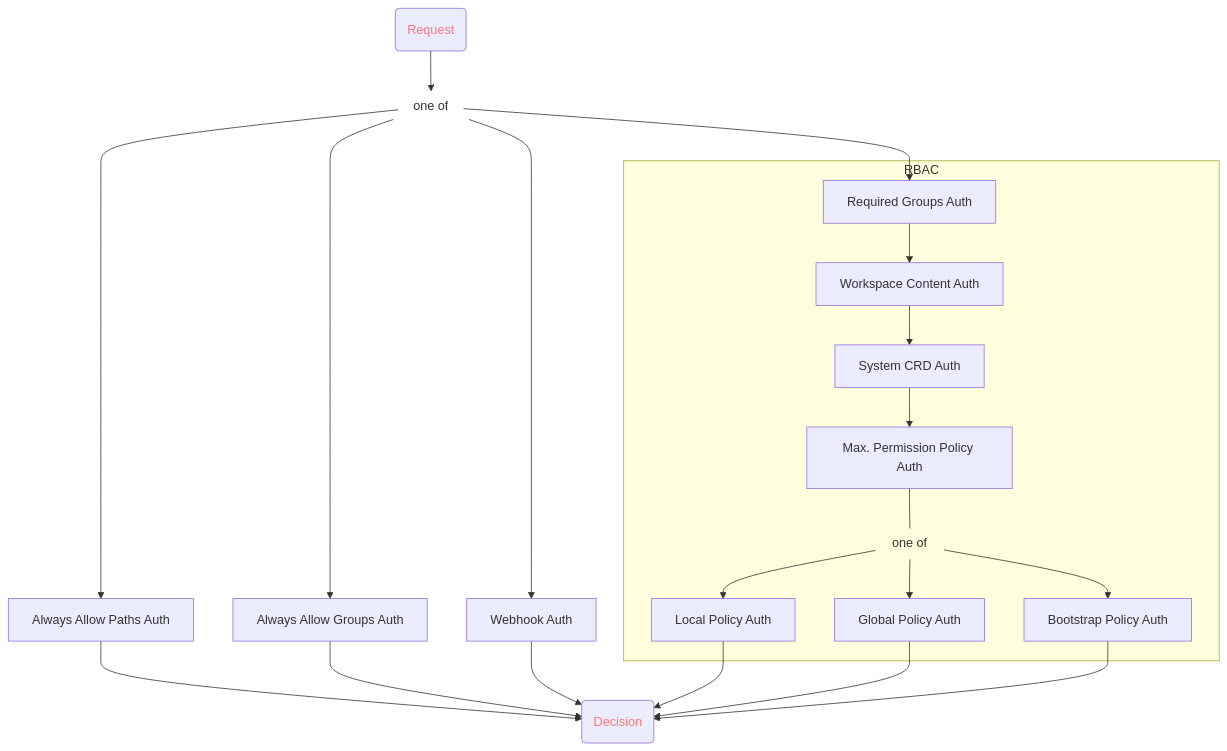
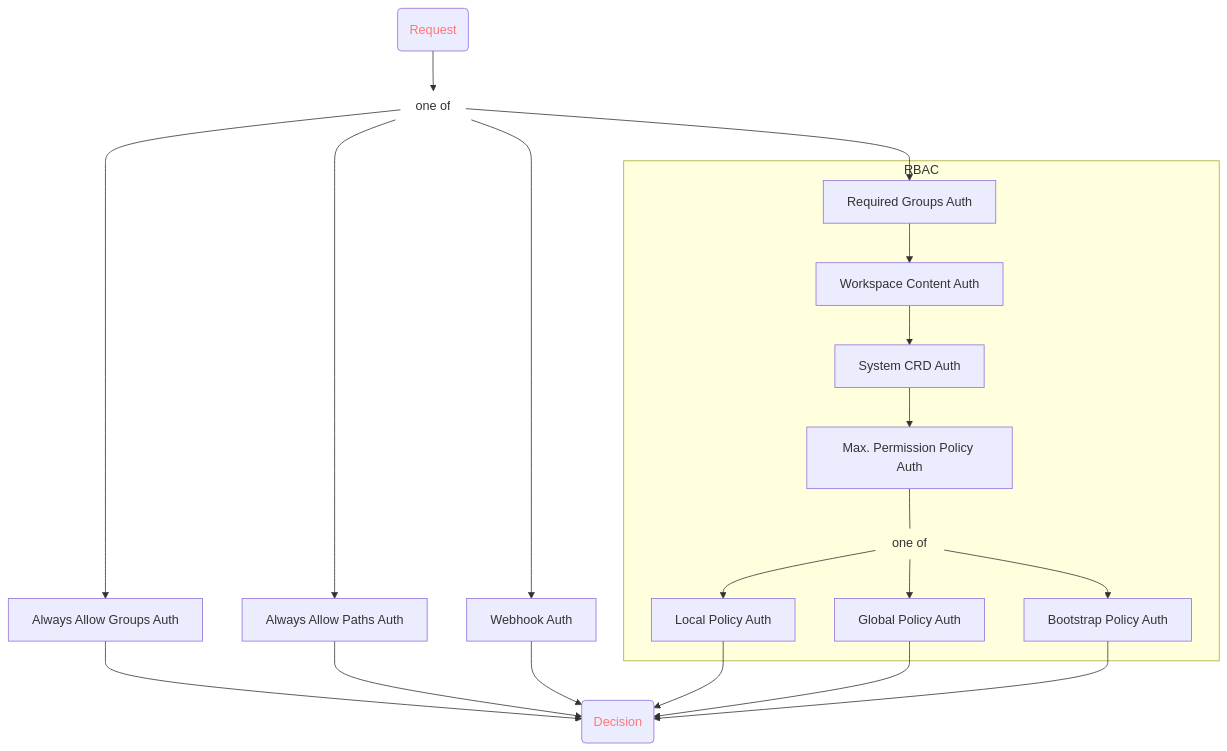
Before and after one commit to kcp-dev/kcp: the diagram in docs/content/concepts/authorization/authorizers.md, drawn with Mermaid. The commit also changed other lines of this file, not shown here.

````diff
--- a/docs/content/concepts/authorization/authorizers.md
+++ b/docs/content/concepts/authorization/authorizers.md
@@ -17,30 +17,30 @@
 ``` mermaid
 graph TD
     start(Request):::state --> main_alt[/one of\]:::or
+    main_alt --> aaga[Always Allow Groups Auth]
     main_alt --> aapa[Always Allow Paths Auth]
-    main_alt --> aaga[Always Allow Groups Auth]
     main_alt --> wa[Webhook Auth]
     main_alt --> rga[Required Groups Auth]
 
-    aapa --> decision(Decision):::state
-    aaga --> decision
+    aaga --> decision(Decision):::state
+    aapa --> decision
     wa --> decision
 
     subgraph "RBAC"
     rga --> wca[Workspace Content Auth]
     wca --> scrda[System CRD Auth]
     scrda --> mppa[Max. Permission Policy Auth]
 
     mppa --- mppa_alt[/one of\]:::or
     mppa_alt --> lpa[Local Policy Auth]
     mppa_alt --> gpa[Global Policy Auth]
     mppa_alt --> bpa[Bootstrap Policy Auth]
     end
 
     lpa --> decision
     gpa --> decision
     bpa --> decision
 
     classDef state color:#F77
     classDef or fill:none,stroke:none
 ```
````
